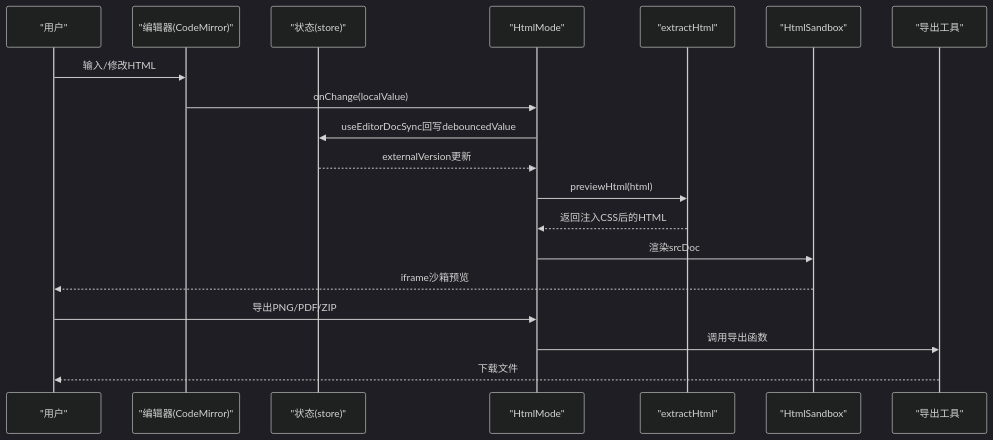
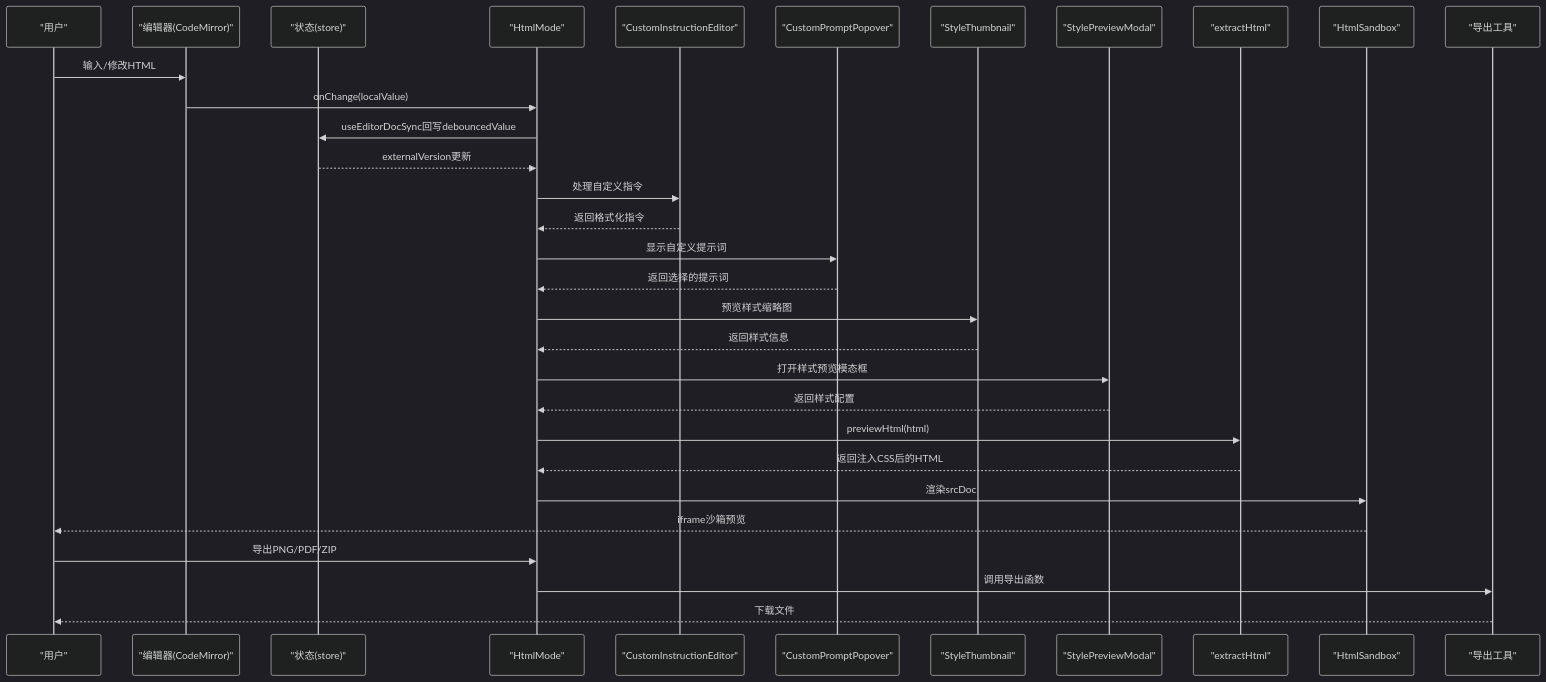
The second of 8 diagrams in .qoder/repowiki/zh/content/编辑模式系统/HTML可视化编辑模式.md (ZhongXiandou/markdown2view), drawn with Mermaid (dark theme) before and after one commit. The commit also changed other lines of this file and 35 other files, not shown here.

````diff
--- a/.qoder/repowiki/zh/content/编辑模式系统/HTML可视化编辑模式.md
+++ b/.qoder/repowiki/zh/content/编辑模式系统/HTML可视化编辑模式.md
@@ -127,21 +177,33 @@
 ```mermaid
 sequenceDiagram
 participant U as "用户"
 participant E as "编辑器(CodeMirror)"
 participant S as "状态(store)"
 participant M as "HtmlMode"
+participant CI as "CustomInstructionEditor"
+participant CP as "CustomPromptPopover"
+participant ST as "StyleThumbnail"
+participant SM as "StylePreviewModal"
 participant X as "extractHtml"
 participant D as "HtmlSandbox"
 participant P as "导出工具"
 U->>E : 输入/修改HTML
 E->>M : onChange(localValue)
 M->>S : useEditorDocSync回写debouncedValue
 S-->>M : externalVersion更新
+M->>CI : 处理自定义指令
+CI-->>M : 返回格式化指令
+M->>CP : 显示自定义提示词
+CP-->>M : 返回选择的提示词
+M->>ST : 预览样式缩略图
+ST-->>M : 返回样式信息
+M->>SM : 打开样式预览模态框
+SM-->>M : 返回样式配置
 M->>X : previewHtml(html)
 X-->>M : 返回注入CSS后的HTML
 M->>D : 渲染srcDoc
 D-->>U : iframe沙箱预览
 U->>M : 导出PNG/PDF/ZIP
 M->>P : 调用导出函数
 P-->>U : 下载文件
 ```
````
